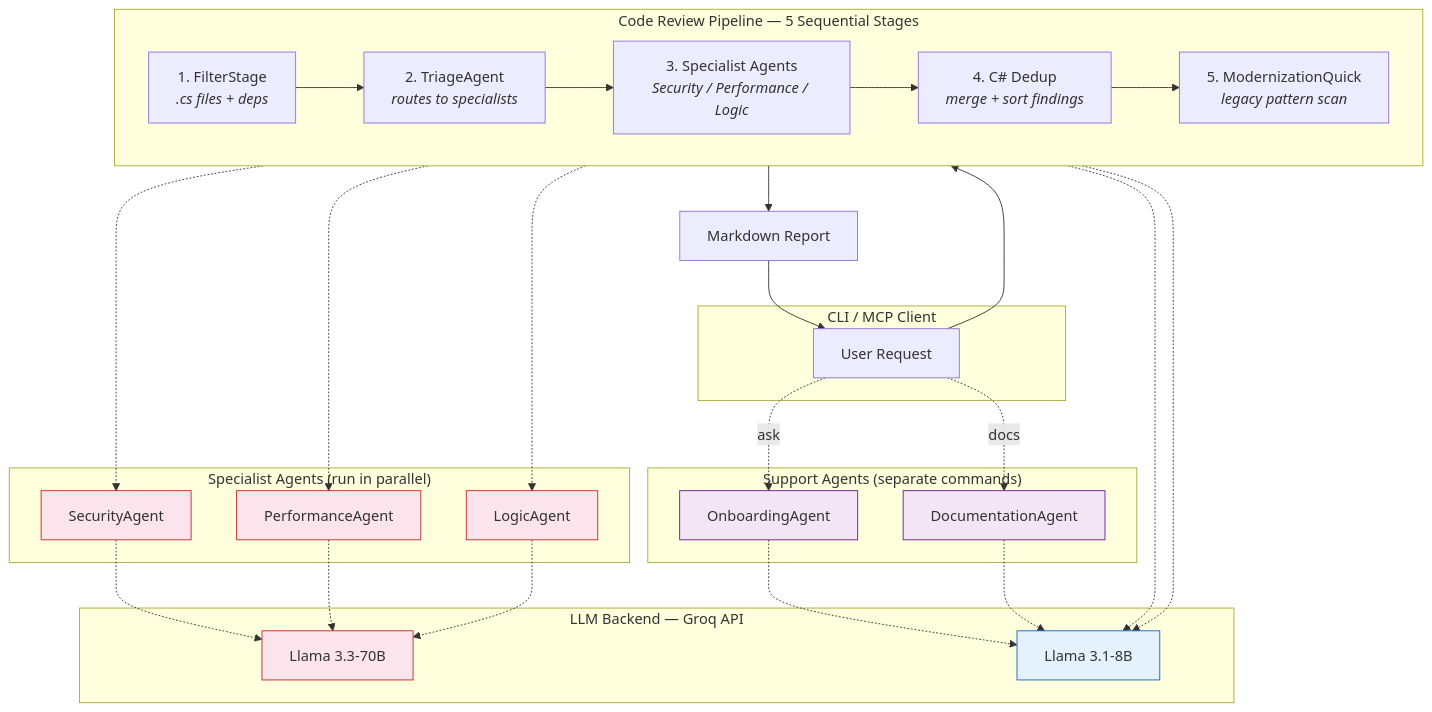
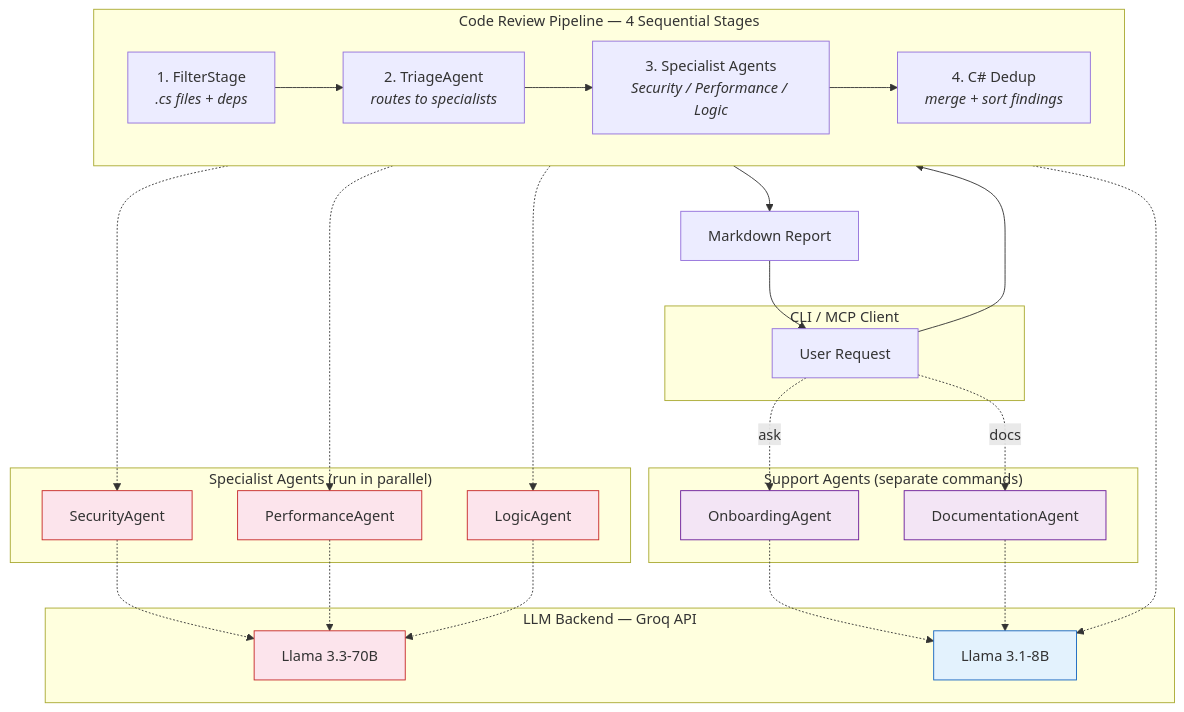
Before and after one commit to bhavyananda17/multi_agent_code_review_mcpserver: the first of 6 diagrams in README.md, drawn with Mermaid. The commit also changed other lines of this file and 5 other files, not shown here.

````diff
--- a/README.md
+++ b/README.md
@@ -11,52 +11,49 @@
 ```mermaid
 graph TB
     classDef small fill:#e3f2fd,stroke:#1565c0
     classDef large fill:#fce4ec,stroke:#c62828
     classDef support fill:#f3e5f5,stroke:#6a1b9a
 
     subgraph "CLI / MCP Client"
         C[User Request]
     end
 
-    subgraph "Code Review Pipeline — 5 Sequential Stages"
+    subgraph "Code Review Pipeline — 4 Sequential Stages"
         direction LR
         F1["1. FilterStage<br/><i>.cs files + deps</i>"]
         F2["2. TriageAgent<br/><i>routes to specialists</i>"]
         F3["3. Specialist Agents<br/><i>Security / Performance / Logic</i>"]
         F4["4. C# Dedup<br/><i>merge + sort findings</i>"]
-        F5["5. ModernizationQuick<br/><i>legacy pattern scan</i>"]
     end
 
     subgraph "Specialist Agents (run in parallel)"
         SA[SecurityAgent]:::large
         PA[PerformanceAgent]:::large
         LA[LogicAgent]:::large
     end
 
     subgraph "Support Agents (separate commands)"
         OA[OnboardingAgent]:::support
         DA[DocumentationAgent]:::support
     end
 
     subgraph "LLM Backend — Groq API"
         M70[Llama 3.3-70B]:::large
         M8[Llama 3.1-8B]:::small
     end
 
     C --> F1
     F1 --> F2
     F2 --> F3
     F3 --> F4
-    F4 --> F5
-    F5 --> Report[Markdown Report]
+    F4 --> Report[Markdown Report]
     Report --> C
 
     F3 -.-> SA & PA & LA
     SA & PA & LA -.-> M70
     F2 -.-> M8
-    F5 -.-> M8
 
     C -.->|"ask"| OA
     C -.->|"docs"| DA
     OA & DA -.-> M8
 ```
````
